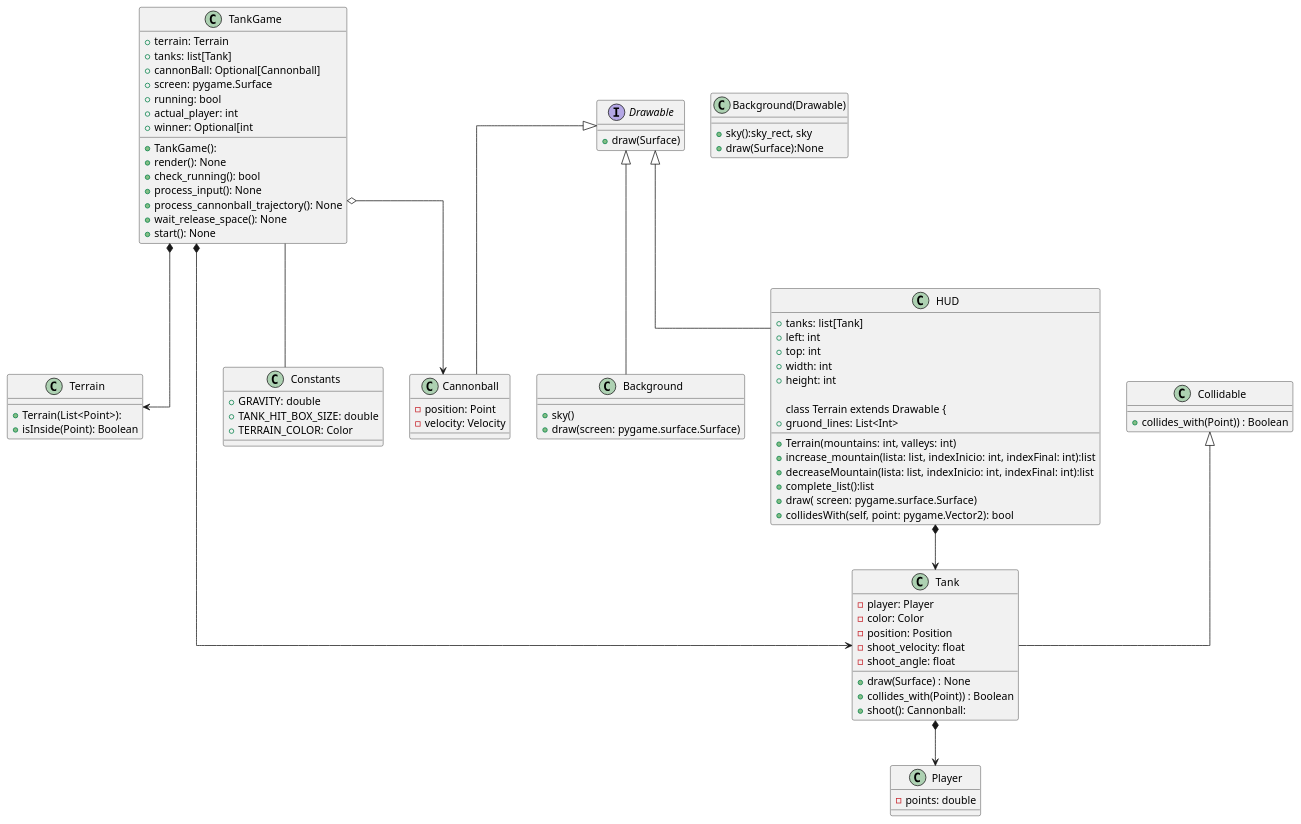
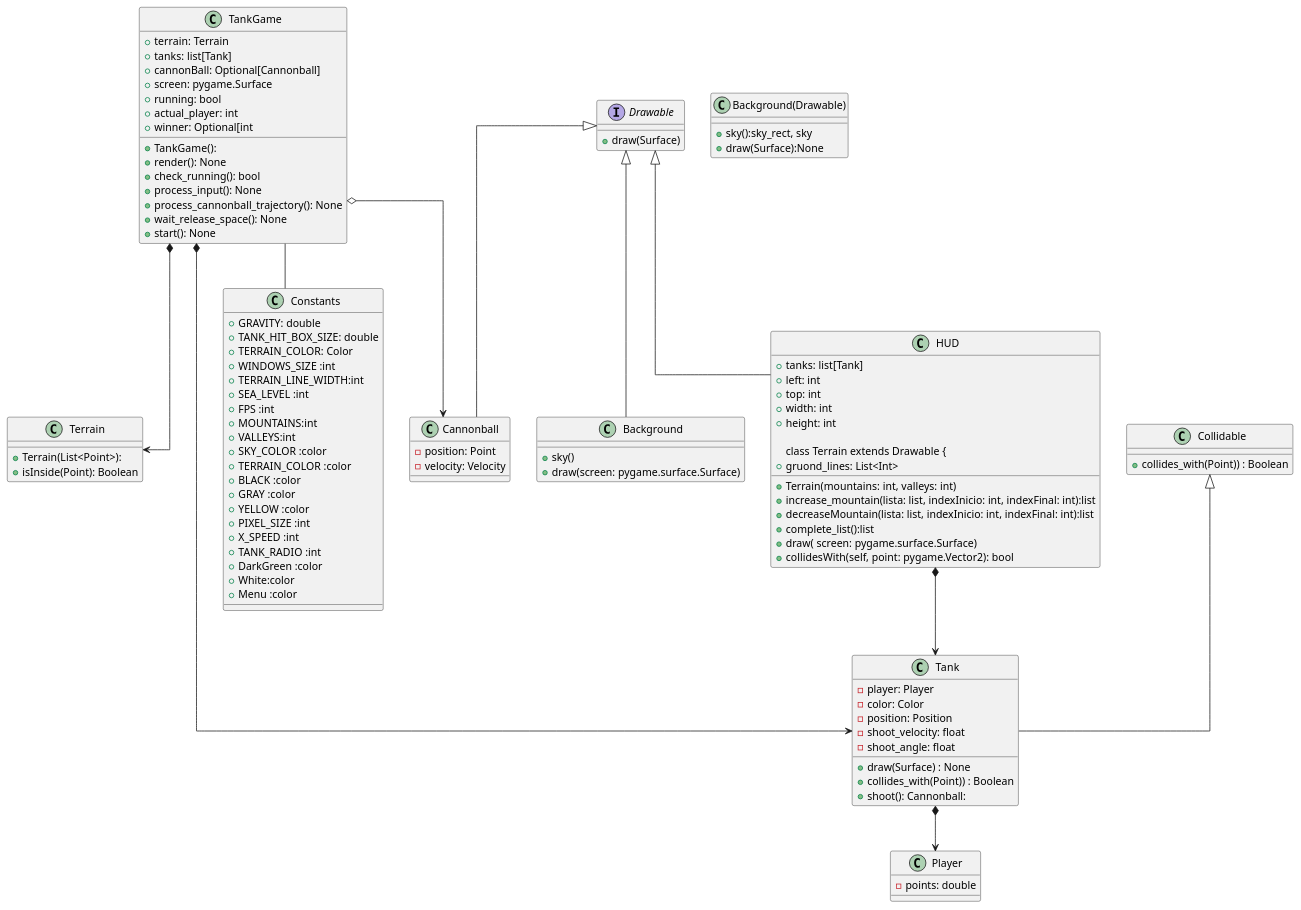
Before and after one commit to fraco-oxza/tankGame: the diagram in uml/entire.plantuml, drawn with PlantUML.

Commit message:
Arreglando el UML

```diff
--- a/uml/entire.plantuml
+++ b/uml/entire.plantuml
@@ -1,97 +1,115 @@
 @startuml
 
 top to bottom direction
 skinparam linetype ortho
 
 ' Fco
 class TankGame {
     + terrain: Terrain
     + tanks: list[Tank]
     + cannonBall: Optional[Cannonball]
     + screen: pygame.Surface
     + running: bool
     + actual_player: int
     + winner: Optional[int
 
     + TankGame():
     + render(): None
     + check_running(): bool
     + process_input(): None
     + process_cannonball_trajectory(): None
     + wait_release_space(): None
     + start(): None
 
 }
 
 class Cannonball extends Drawable {
     - position: Point
     - velocity: Velocity
 }
 
 interface Drawable {
     + draw(Surface)
 }
 class Background extends Drawable{
     +sky()
     +draw(screen: pygame.surface.Surface)
 }
 class HUD extends Drawable{
     + tanks: list[Tank]
     + left: int
     + top: int
     + width: int
     + height: int
 
 class Terrain extends Drawable {
     +gruond_lines: List<Int>
 
     + Terrain(mountains: int, valleys: int)
     +increase_mountain(lista: list, indexInicio: int, indexFinal: int):list
     +decreaseMountain(lista: list, indexInicio: int, indexFinal: int):list
     +complete_list():list
     +draw( screen: pygame.surface.Surface)
     +collidesWith(self, point: pygame.Vector2): bool
 }
 class Collidable {
  +collides_with(Point)) : Boolean
 }
 class Terrain {
     + Terrain(List<Point>):
     + isInside(Point): Boolean
 }
 class Background(Drawable){
 
     + sky():sky_rect, sky
     + draw(Surface):None
 }
 class Tank extends Collidable  {
     - player: Player
     - color: Color
     - position: Position
     -shoot_velocity: float
     -shoot_angle: float
 
     +draw(Surface) : None
     +collides_with(Point)) : Boolean
     +shoot(): Cannonball:
 }
 
 class Player {
     - points: double
 }
 
 class Constants {
     + GRAVITY: double
     + TANK_HIT_BOX_SIZE: double
     + TERRAIN_COLOR: Color
+    + WINDOWS_SIZE :int
+    + TERRAIN_LINE_WIDTH:int
+    + SEA_LEVEL :int
+    + FPS :int
+    +MOUNTAINS:int
+    +VALLEYS:int
+    +SKY_COLOR :color
+    +TERRAIN_COLOR :color
+    +BLACK :color
+    +GRAY :color
+    +YELLOW :color
+    +PIXEL_SIZE :int
+    +X_SPEED :int
+    +TANK_RADIO :int
+    +DarkGreen :color
+    +White:color
+    +Menu :color
+
 }
 
 TankGame -- Constants
 
 TankGame *--> Tank
 TankGame o--> Cannonball
 TankGame *--> Terrain
 Tank *--> Player
 HUD *--> Tank
 
 @enduml
```
